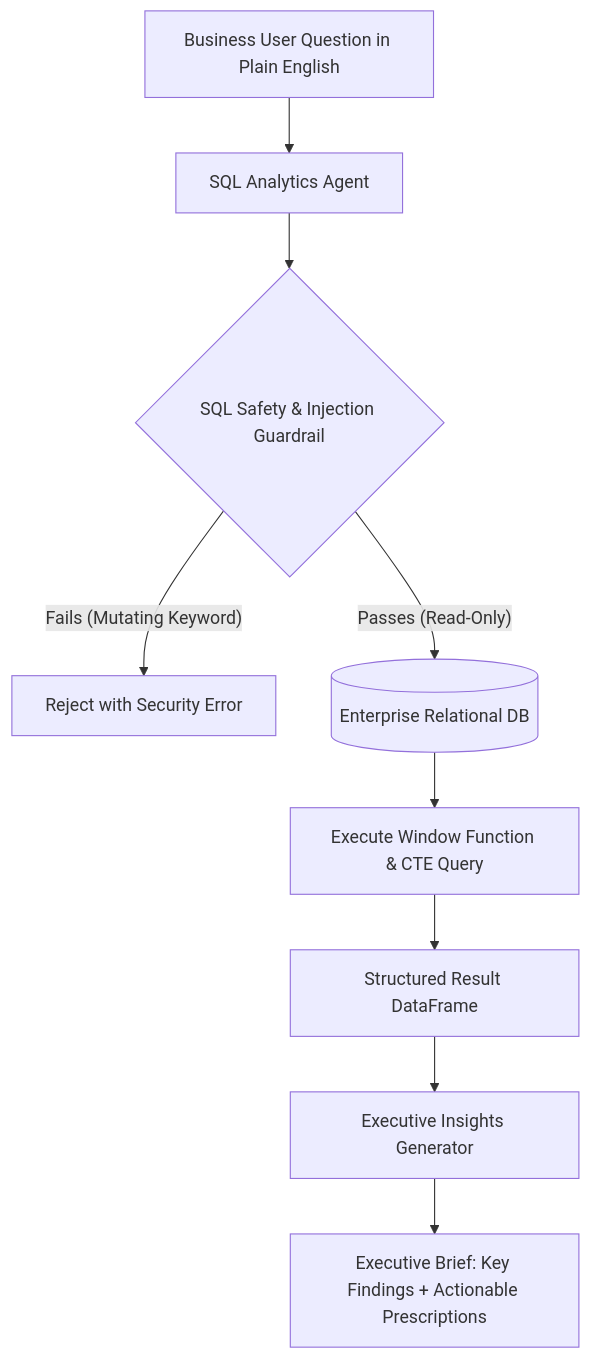
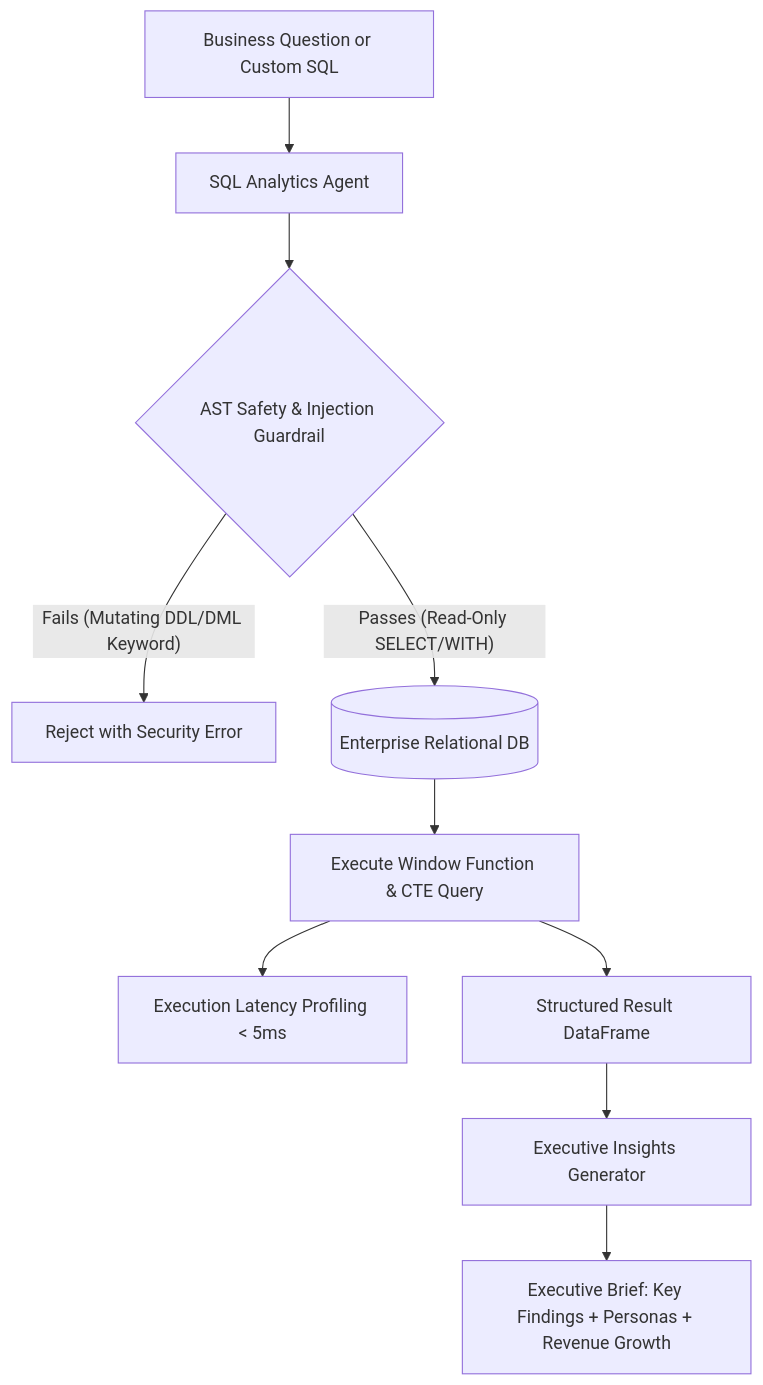
The diagram in 05_automated_sql_analytics_agent/README.md (jashp144/industry-data-science-ai-portfolio), drawn with Mermaid before and after one commit. The commit also changed other lines of this file and 7 other files, not shown here.

Commit message:
docs: enrich technical documentation with executive ROI, system flowcharts, and hiring manager evaluation rubrics

````diff
--- a/05_automated_sql_analytics_agent/README.md
+++ b/05_automated_sql_analytics_agent/README.md
@@ -19,11 +23,14 @@
 ```mermaid
 flowchart TD
-    UserQuestion[Business User Question in Plain English] --> Agent[SQL Analytics Agent]
-    Agent --> Guardrail{SQL Safety & Injection Guardrail}
-    Guardrail -- Fails (Mutating Keyword) --> Reject[Reject with Security Error]
-    Guardrail -- Passes (Read-Only) --> DB[(Enterprise Relational DB)]
+    UserQuery[Business Question or Custom SQL] --> Agent[SQL Analytics Agent]
+    Agent --> Guardrail{AST Safety & Injection Guardrail}
+    Guardrail -- Fails (Mutating DDL/DML Keyword) --> Reject[Reject with Security Error]
+    Guardrail -- Passes (Read-Only SELECT/WITH) --> DB[(Enterprise Relational DB)]
+    
     DB --> QueryExec[Execute Window Function & CTE Query]
+    QueryExec --> Latency[Execution Latency Profiling < 5ms]
     QueryExec --> ResultDF[Structured Result DataFrame]
+    
     ResultDF --> Synthesizer[Executive Insights Generator]
-    Synthesizer --> Brief[Executive Brief: Key Findings + Actionable Prescriptions]
+    Synthesizer --> Brief[Executive Brief: Key Findings + Personas + Revenue Growth]
 ```
````
